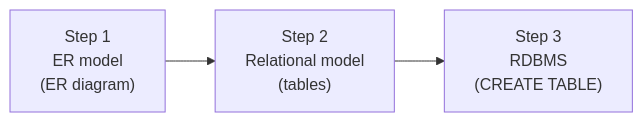
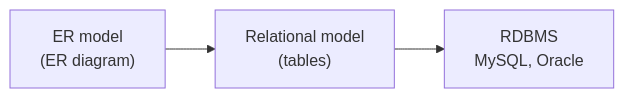
One commit to aaryan-pradhan/core-cs-fundamentals changed the first of 8 diagrams in dbms/07-relational-model.md. Above: the diagram before and after it, drawn with Mermaid. The commit also changed other lines of this file, not shown here.

First line of the commit message:
Rewrite DBMS lecture 7 as diagram-first notes

````diff
--- a/dbms/07-relational-model.md
+++ b/dbms/07-relational-model.md
@@ -11,4 +5,4 @@
-      ```mermaid
-      flowchart LR
-        A["Step 1<br/>ER model<br/>(ER diagram)"] --> B["Step 2<br/>Relational model<br/>(tables)"] --> C["Step 3<br/>RDBMS<br/>(CREATE TABLE)"]
-      ```
+```mermaid
+flowchart LR
+  A["ER model<br/>(ER diagram)"] --> B["Relational model<br/>(tables)"] --> C["RDBMS<br/>MySQL, Oracle"]
+```
````
